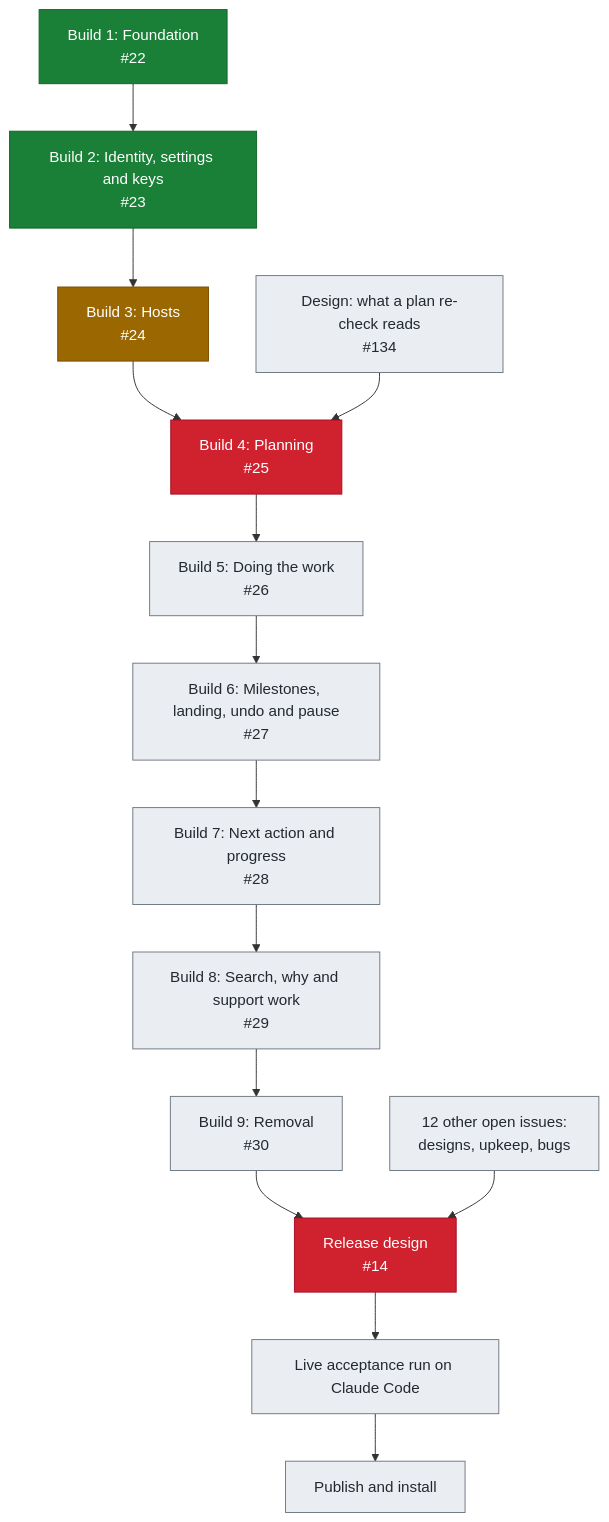
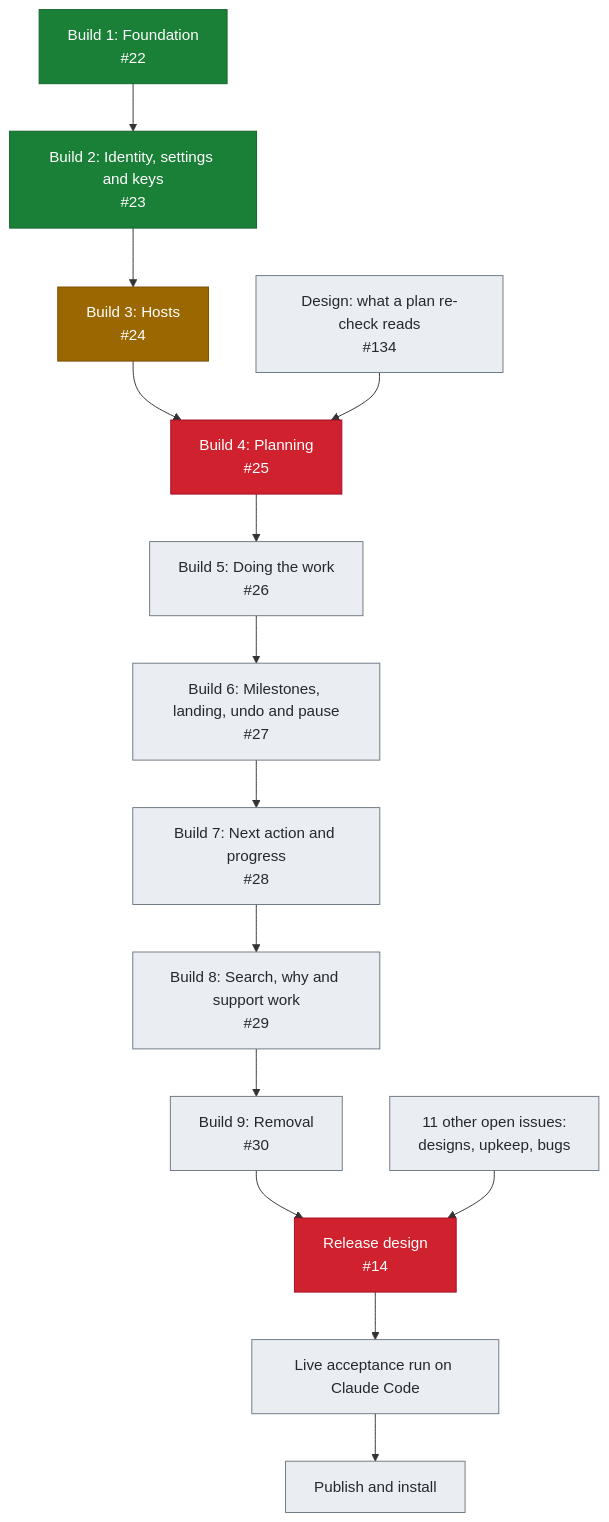
Before and after one commit to crenshawdev/baley: the first of 4 diagrams in docs/roadmap.md, drawn with Mermaid. The commit also changed other lines of this file, not shown here.

First line of the commit message:
docs(roadmap): show T7 in progress and bring the roadmap's issue and milestone tables to GitHub

````diff
--- a/docs/roadmap.md
+++ b/docs/roadmap.md
@@ -9,32 +9,32 @@
 ```mermaid
 flowchart TB
     B1["Build 1: Foundation<br/>#22"]
     B2["Build 2: Identity, settings and keys<br/>#23"]
     B3["Build 3: Hosts<br/>#24"]
     B4["Build 4: Planning<br/>#25"]
     B5["Build 5: Doing the work<br/>#26"]
     B6["Build 6: Milestones, landing, undo and pause<br/>#27"]
     B7["Build 7: Next action and progress<br/>#28"]
     B8["Build 8: Search, why and support work<br/>#29"]
     B9["Build 9: Removal<br/>#30"]
     D134["Design: what a plan re-check reads<br/>#134"]
-    OTHER["12 other open issues:<br/>designs, upkeep, bugs"]
+    OTHER["11 other open issues:<br/>designs, upkeep, bugs"]
     R1["Release design<br/>#14"]
     R2["Live acceptance run on Claude Code"]
     R3["Publish and install"]
 
     B1 --> B2 --> B3 --> B4 --> B5 --> B6 --> B7 --> B8 --> B9 --> R1 --> R2 --> R3
     D134 --> B4
     OTHER --> R1
 
     classDef done fill:#1a7f37,stroke:#116329,color:#ffffff
     classDef progress fill:#9a6700,stroke:#7d4e00,color:#ffffff
     classDef next fill:#fff8c5,stroke:#9a6700,stroke-width:3px,color:#3b2300
     classDef blocked fill:#cf222e,stroke:#a40e26,color:#ffffff
     classDef planned fill:#eaeef2,stroke:#6e7781,color:#24292f
 
     class B1,B2 done
     class B3 progress
     class B4,R1 blocked
     class B5,B6,B7,B8,B9,D134,OTHER,R2,R3 planned
 ```
````
